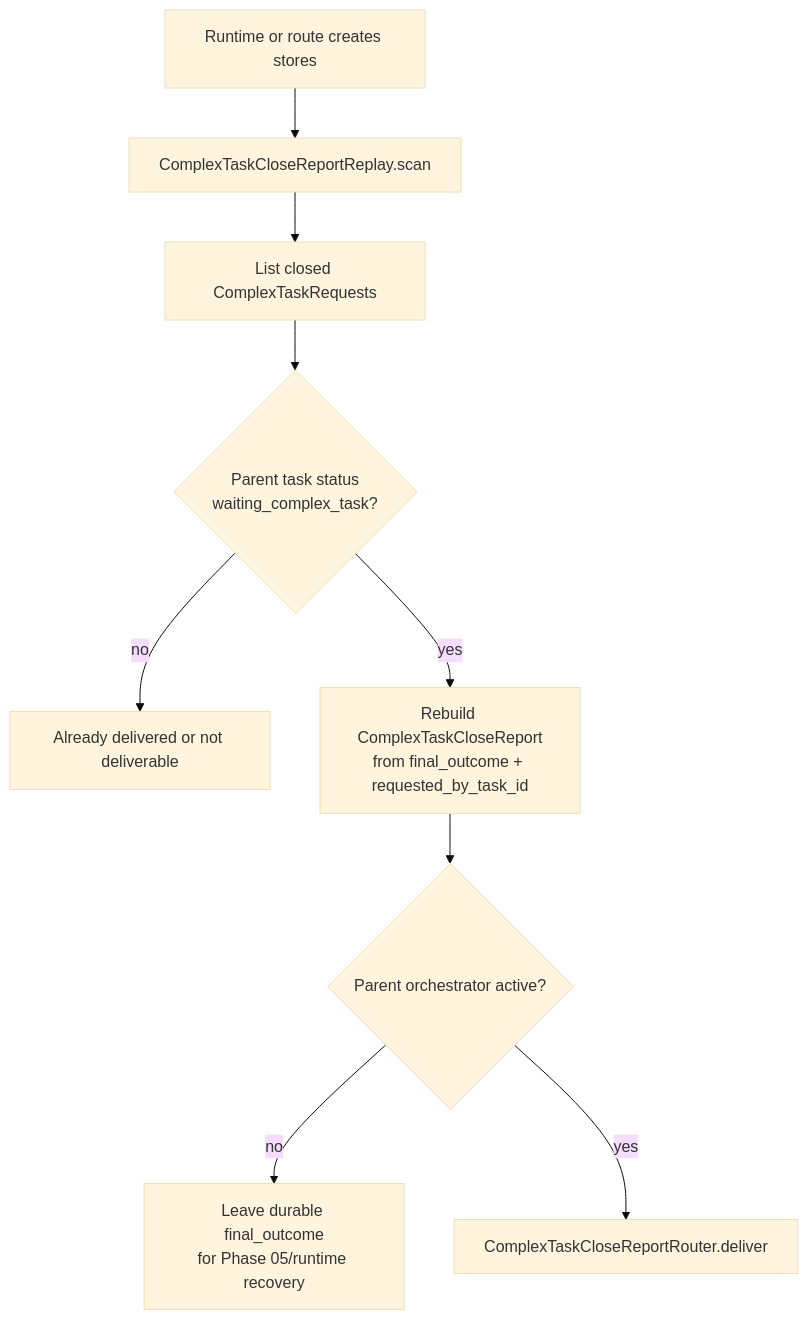
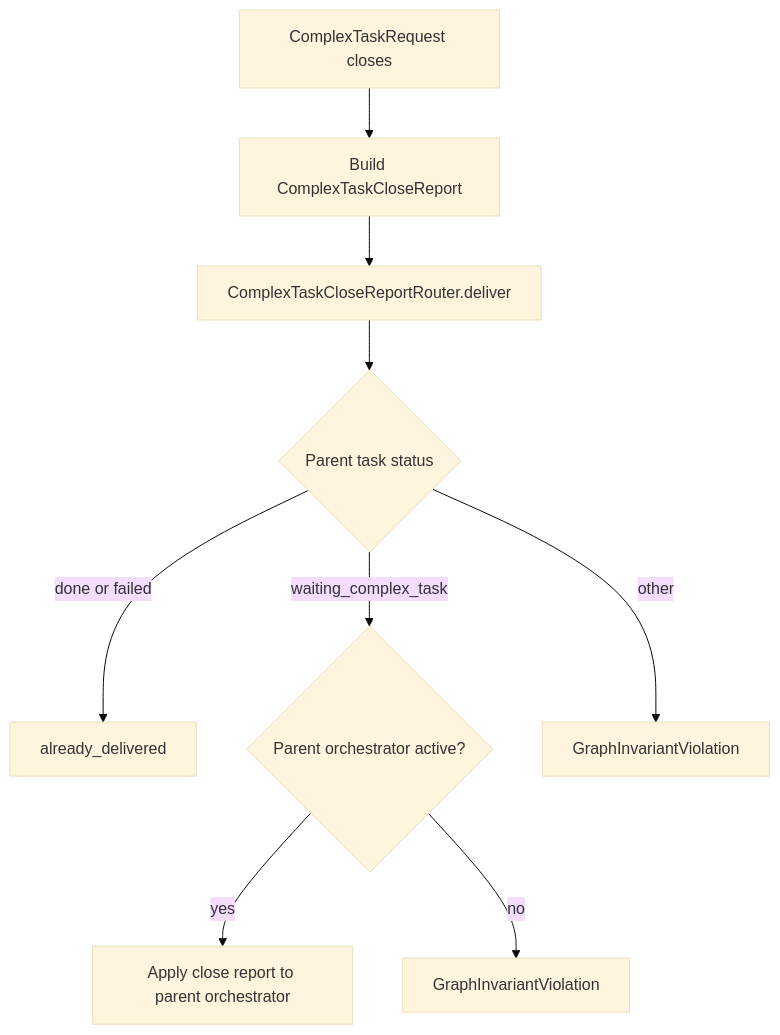
Before and after one commit to Ephemeral-AI-Lab/ephemeral-sandbox: the third of 4 diagrams in docs/architecture/task-center-harness-migration/phase-04-implementation-plan.md, drawn with Mermaid (base theme). The commit also changed other lines of this file and 27 other files, not shown here.

First line of the commit message:
Wire TaskCenter entry runtime and split harness dispatcher

````diff
--- a/docs/architecture/task-center-harness-migration/phase-04-implementation-plan.md
+++ b/docs/architecture/task-center-harness-migration/phase-04-implementation-plan.md
@@ -161,11 +162,11 @@
 ```mermaid
 flowchart TD
-    Restart["Runtime or route creates stores"] --> Scan["ComplexTaskCloseReportReplay.scan"]
-    Scan --> Closed["List closed ComplexTaskRequests"]
-    Closed --> Filter{"Parent task status<br/>waiting_complex_task?"}
-    Filter -->|"no"| Skip["Already delivered or not deliverable"]
-    Filter -->|"yes"| Build["Rebuild ComplexTaskCloseReport<br/>from final_outcome + requested_by_task_id"]
-    Build --> Active{"Parent orchestrator active?"}
-    Active -->|"no"| Defer["Leave durable final_outcome<br/>for Phase 05/runtime recovery"]
-    Active -->|"yes"| Deliver["ComplexTaskCloseReportRouter.deliver"]
+    Close["ComplexTaskRequest closes"] --> Build["Build ComplexTaskCloseReport"]
+    Build --> Router["ComplexTaskCloseReportRouter.deliver"]
+    Router --> Filter{"Parent task status"}
+    Filter -->|"done or failed"| Skip["already_delivered"]
+    Filter -->|"waiting_complex_task"| Active{"Parent orchestrator active?"}
+    Filter -->|"other"| Invalid["GraphInvariantViolation"]
+    Active -->|"yes"| Deliver["Apply close report to parent orchestrator"]
+    Active -->|"no"| Missing["GraphInvariantViolation"]
 ```
````
